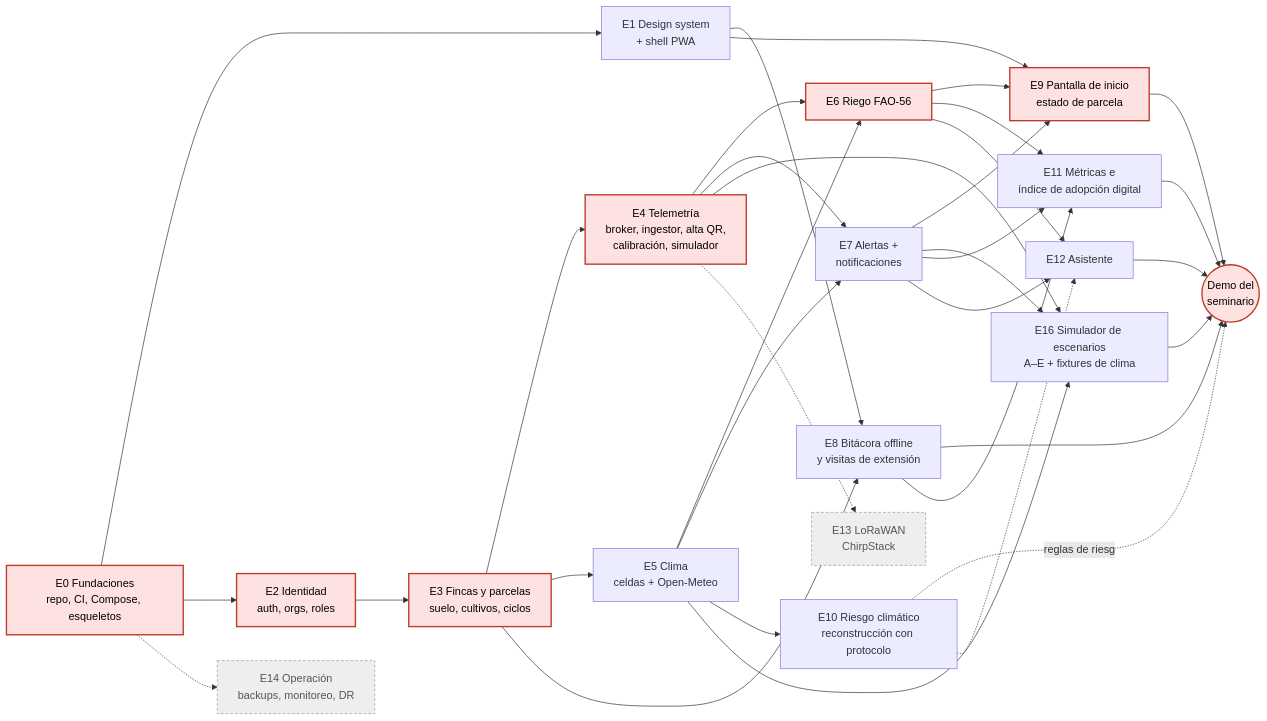
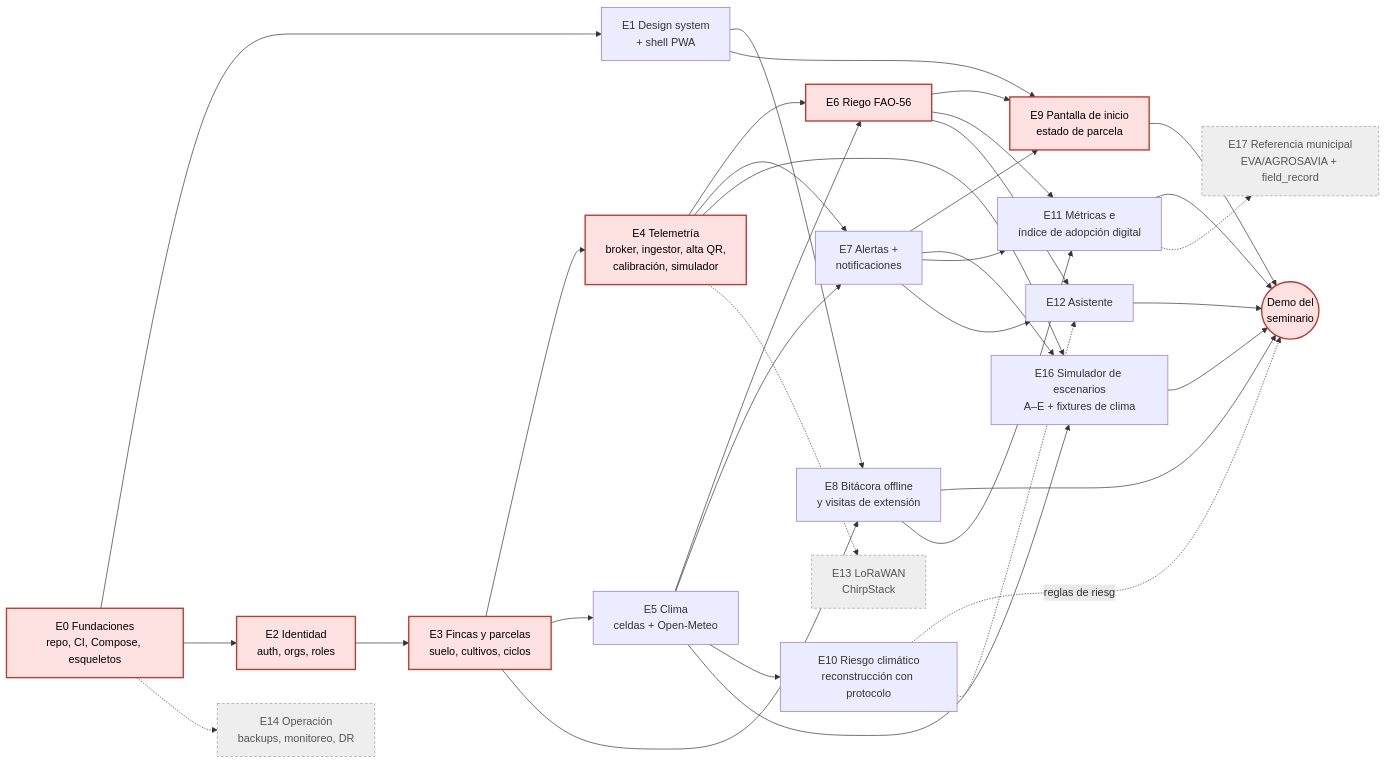
One commit to jab16jy/techcamp-v2 changed the first of 3 diagrams in docs/10-dag.md. Above: the diagram before and after it, drawn with Mermaid. The commit also changed other lines of this file and 11 other files, not shown here.

````diff
--- a/docs/10-dag.md
+++ b/docs/10-dag.md
@@ -9,51 +9,53 @@
 ```mermaid
 flowchart LR
   E0[E0 Fundaciones<br/>repo, CI, Compose, esqueletos]
   E1[E1 Design system<br/>+ shell PWA]
   E2[E2 Identidad<br/>auth, orgs, roles]
   E3[E3 Fincas y parcelas<br/>suelo, cultivos, ciclos]
   E4[E4 Telemetría<br/>broker, ingestor, alta QR,<br/>calibración, simulador]
   E5[E5 Clima<br/>celdas + Open-Meteo]
   E6[E6 Riego FAO-56]
   E7[E7 Alertas +<br/>notificaciones]
   E8[E8 Bitácora offline<br/>y visitas de extensión]
   E9[E9 Pantalla de inicio<br/>estado de parcela]
   E10[E10 Riesgo climático<br/>reconstrucción con protocolo]
   E11[E11 Métricas e<br/>índice de adopción digital]
   E12[E12 Asistente]
   E13[E13 LoRaWAN<br/>ChirpStack]
   E14[E14 Operación<br/>backups, monitoreo, DR]
   E16[E16 Simulador de escenarios<br/>A–E + fixtures de clima]
+  E17[E17 Referencia municipal<br/>EVA/AGROSAVIA + field_record]
   E15((Demo del<br/>seminario))
 
   E0 --> E1
   E0 --> E2 --> E3 --> E4 --> E6 --> E9 --> E15
   E0 -.-> E14
   E3 --> E5
   E5 --> E6
   E4 --> E7
   E5 --> E7
   E7 --> E9
   E1 --> E8
   E3 --> E8
   E1 --> E9
   E5 --> E10
   E10 -.reglas de riesgo.-> E15
   E4 --> E16
   E5 --> E16
   E7 --> E16 --> E15
   E8 --> E15
   E6 --> E11
   E7 --> E11
   E8 --> E11 --> E15
   E6 --> E12
   E7 --> E12
   E10 -.-> E12
   E12 --> E15
   E4 -.-> E13
+  E11 -.-> E17
 
   classDef critical fill:#fde2e1,stroke:#c0392b,stroke-width:2px,color:#000
   class E0,E2,E3,E4,E6,E9,E15 critical
   classDef future fill:#eeeeee,stroke:#999999,stroke-dasharray:4 3,color:#555
-  class E13,E14 future
+  class E13,E14,E17 future
 ```
````
